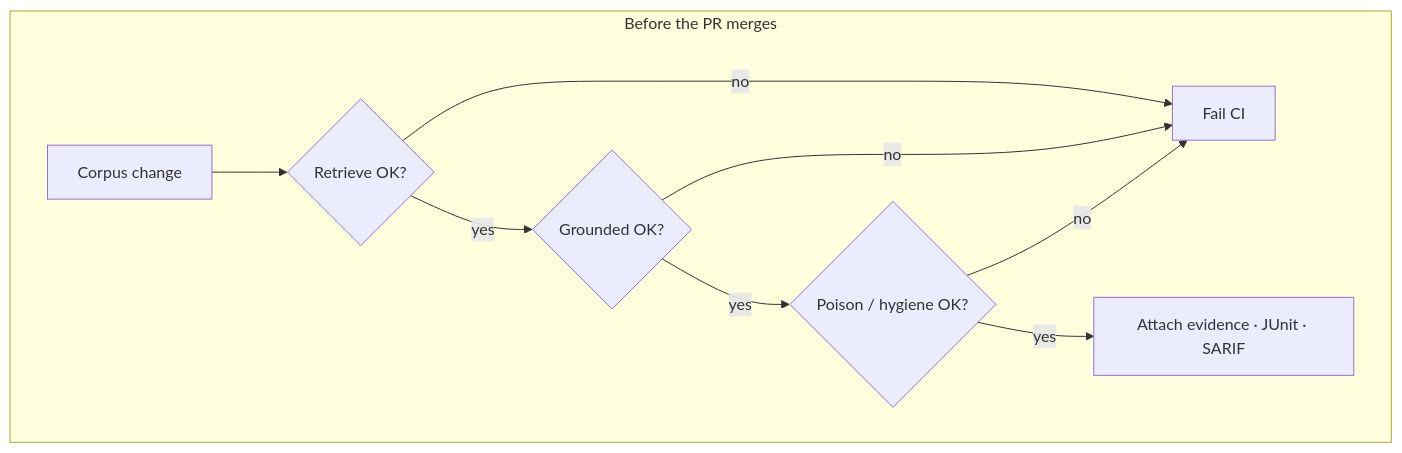
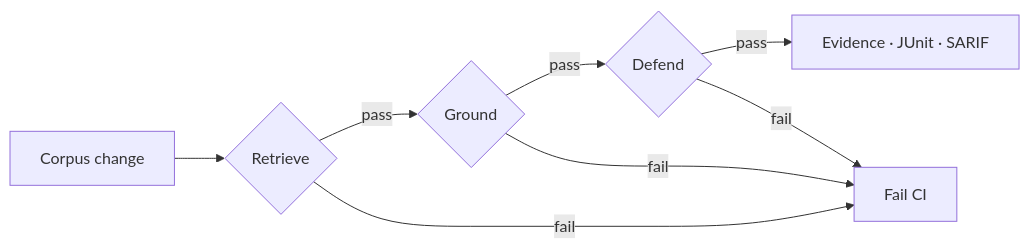
One commit to prakash888kp/SentinelRAG changed the diagram in README.md. Above: the diagram before and after it, drawn with Mermaid. The commit also changed other lines of this file, not shown here.

Commit message:
Compact the before-merge mermaid to a horizontal flowchart.

````diff
--- a/README.md
+++ b/README.md
@@ -28,12 +28,10 @@
 ```mermaid
-flowchart TB
-  subgraph before_merge [Before the PR merges]
-    A[Corpus change] --> B{Retrieve OK?}
-    B -->|no| X[Fail CI]
-    B -->|yes| C{Grounded OK?}
-    C -->|no| X
-    C -->|yes| D{Poison / hygiene OK?}
-    D -->|no| X
-    D -->|yes| E[Attach evidence · JUnit · SARIF]
-  end
+flowchart LR
+  A[Corpus change] --> R{Retrieve}
+  R -->|pass| G{Ground}
+  R -->|fail| X[Fail CI]
+  G -->|pass| D{Defend}
+  G -->|fail| X
+  D -->|pass| E[Evidence · JUnit · SARIF]
+  D -->|fail| X
 ```
````
